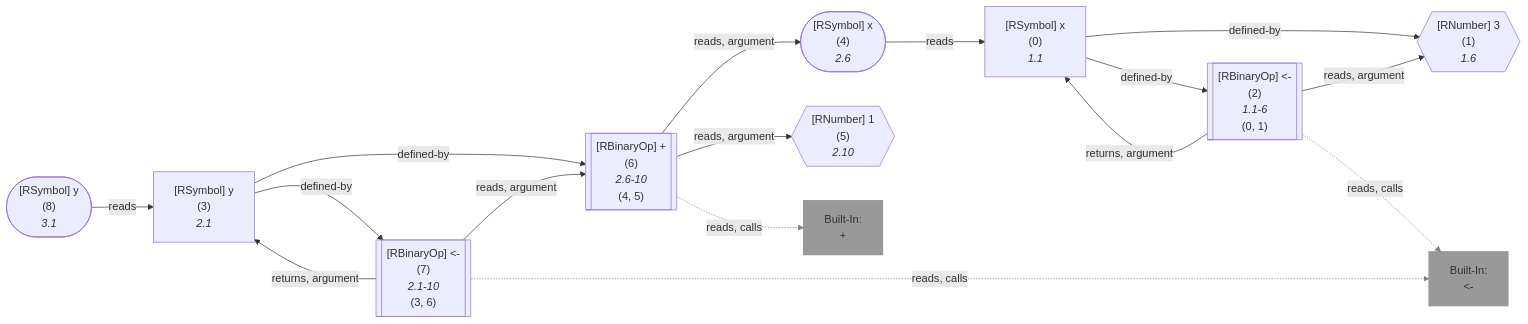
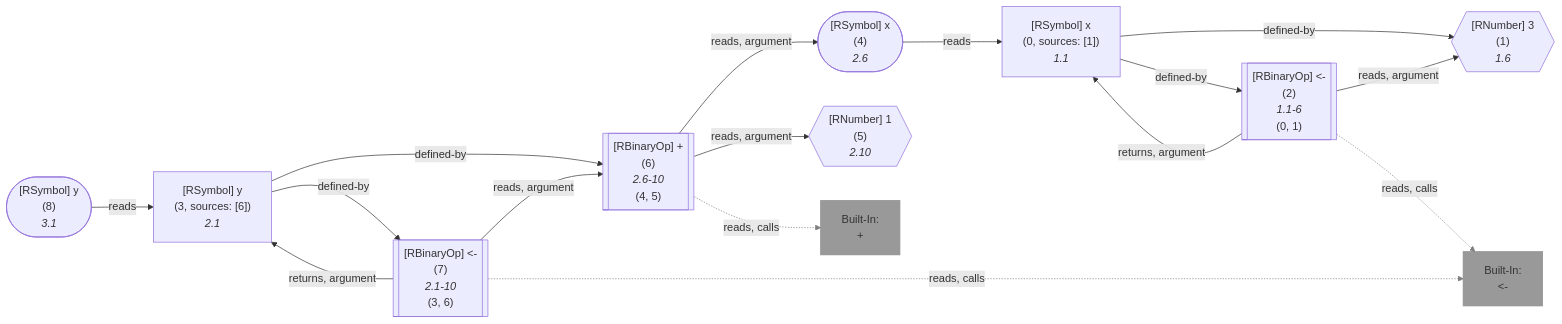
The first of 58 diagrams in wiki/Dataflow Graph.md (flowr-analysis/flowr), drawn with Mermaid before and after one commit. The commit also changed other lines of this file and 90 other files, not shown here.

````diff
--- a/wiki/Dataflow Graph.md
+++ b/wiki/Dataflow Graph.md
@@ -48,59 +48,59 @@
 ```mermaid
 flowchart LR
     1{{"`#91;RNumber#93; 3
       (1)
       *1.6*`"}}
    %% No edges found for 1
     0["`#91;RSymbol#93; x
-      (0)
+      (0, sources: [1])
       *1.1*`"]
     2[["`#91;RBinaryOp#93; #60;#45;
       (2)
       *1.1-6*
     (0, 1)`"]]
     built-in:_-["`Built-In:
 #60;#45;`"]
     style built-in:_- stroke:gray,fill:gray,stroke-width:2px,opacity:.8;
     4(["`#91;RSymbol#93; x
       (4)
       *2.6*`"])
     5{{"`#91;RNumber#93; 1
       (5)
       *2.10*`"}}
    %% No edges found for 5
     6[["`#91;RBinaryOp#93; #43;
       (6)
       *2.6-10*
     (4, 5)`"]]
     built-in:_["`Built-In:
 #43;`"]
     style built-in:_ stroke:gray,fill:gray,stroke-width:2px,opacity:.8;
     3["`#91;RSymbol#93; y
-      (3)
+      (3, sources: [6])
       *2.1*`"]
     7[["`#91;RBinaryOp#93; #60;#45;
       (7)
       *2.1-10*
     (3, 6)`"]]
     8(["`#91;RSymbol#93; y
       (8)
       *3.1*`"])
     0 -->|"defined-by"| 1
     0 -->|"defined-by"| 2
     2 -->|"reads, argument"| 1
     2 -->|"returns, argument"| 0
     2 -.->|"reads, calls"| built-in:_-
     linkStyle 4 stroke:gray;
     4 -->|"reads"| 0
     6 -->|"reads, argument"| 4
     6 -->|"reads, argument"| 5
     6 -.->|"reads, calls"| built-in:_
     linkStyle 8 stroke:gray;
     3 -->|"defined-by"| 6
     3 -->|"defined-by"| 7
     7 -->|"reads, argument"| 6
     7 -->|"returns, argument"| 3
     7 -.->|"reads, calls"| built-in:_-
     linkStyle 13 stroke:gray;
     8 -->|"reads"| 3
 ```
````
